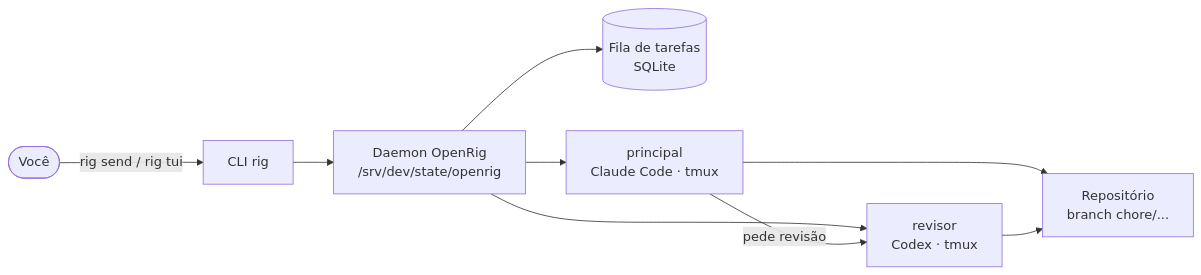
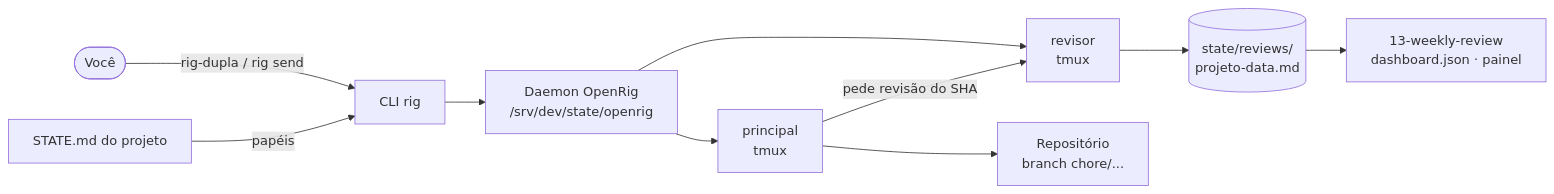
The first of 3 diagrams in docs/openrig.md (resper1965/stack-vps), drawn with Mermaid before and after one commit. The commit also changed other lines of this file and 6 other files, not shown here.

````diff
--- a/docs/openrig.md
+++ b/docs/openrig.md
@@ -9,10 +10,12 @@
 ```mermaid
 flowchart LR
-  voce([Você]) -->|rig send / rig tui| cli[CLI rig]
+  voce([Você]) -->|rig-dupla / rig send| cli[CLI rig]
+  state[STATE.md do projeto] -->|papéis| cli
   cli --> daemon[Daemon OpenRig<br/>/srv/dev/state/openrig]
-  daemon --> fila[(Fila de tarefas<br/>SQLite)]
-  daemon --> p[principal<br/>Claude Code · tmux]
-  daemon --> r[revisor<br/>Codex · tmux]
-  p -->|pede revisão| r
-  p & r --> repo[Repositório<br/>branch chore/...]
+  daemon --> p[principal<br/>tmux]
+  daemon --> r[revisor<br/>tmux]
+  p -->|pede revisão do SHA| r
+  p --> repo[Repositório<br/>branch chore/...]
+  r --> rev[(state/reviews/<br/>projeto-data.md)]
+  rev --> painel[13-weekly-review<br/>dashboard.json · painel]
 ```
````
